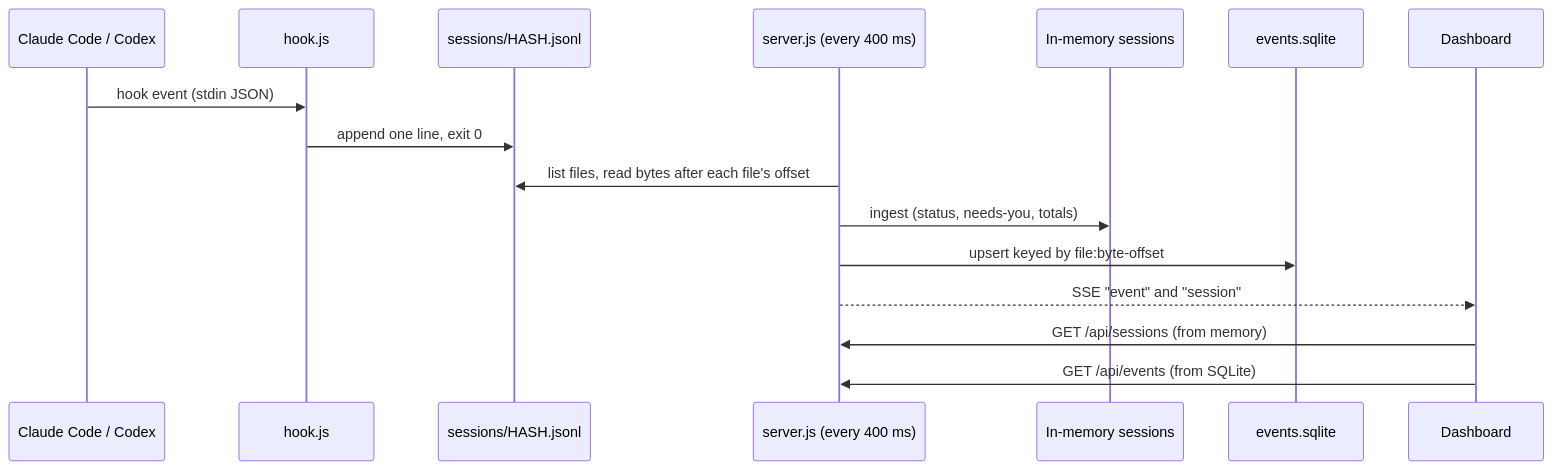
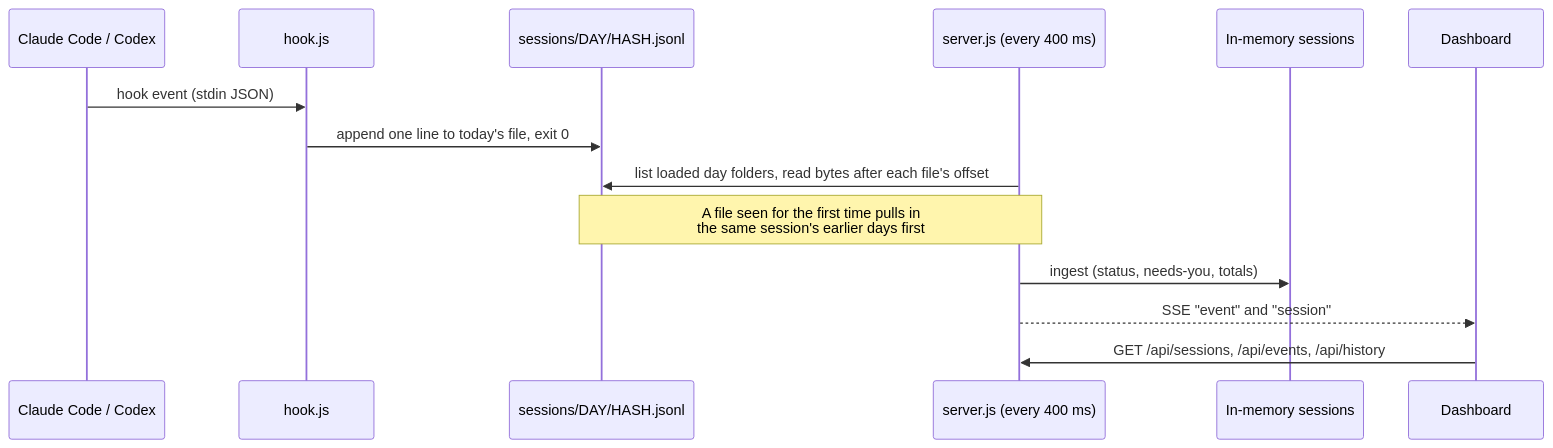
One commit to adrianstanek/session-observer changed the second of 3 diagrams in README.md. Above: the diagram before and after it, drawn with Mermaid. The commit also changed other lines of this file and 27 other files, not shown here.

First line of the commit message:
feat: store events in day folders and load recent days only

```diff
--- a/README.md
+++ b/README.md
@@ -53,18 +61,16 @@
 ~~~mermaid
 sequenceDiagram
   participant A as Claude Code / Codex
   participant H as hook.js
-  participant F as sessions/HASH.jsonl
+  participant F as sessions/DAY/HASH.jsonl
   participant S as server.js (every 400 ms)
   participant M as In-memory sessions
-  participant Q as events.sqlite
   participant D as Dashboard
   A->>H: hook event (stdin JSON)
-  H->>F: append one line, exit 0
-  S->>F: list files, read bytes after each file's offset
+  H->>F: append one line to today's file, exit 0
+  S->>F: list loaded day folders, read bytes after each file's offset
+  Note over S,F: A file seen for the first time pulls in<br/>the same session's earlier days first
   S->>M: ingest (status, needs-you, totals)
-  S->>Q: upsert keyed by file:byte-offset
   S-->>D: SSE "event" and "session"
-  D->>S: GET /api/sessions (from memory)
-  D->>S: GET /api/events (from SQLite)
+  D->>S: GET /api/sessions, /api/events, /api/history
 ~~~
```
